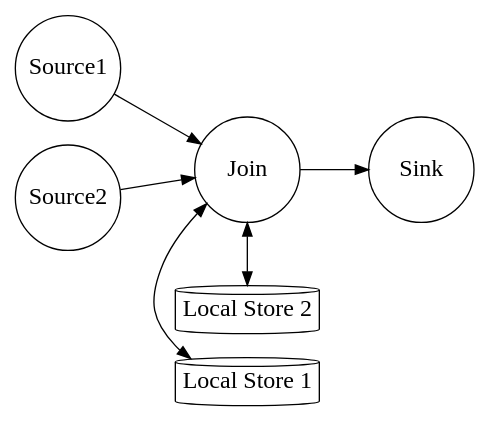
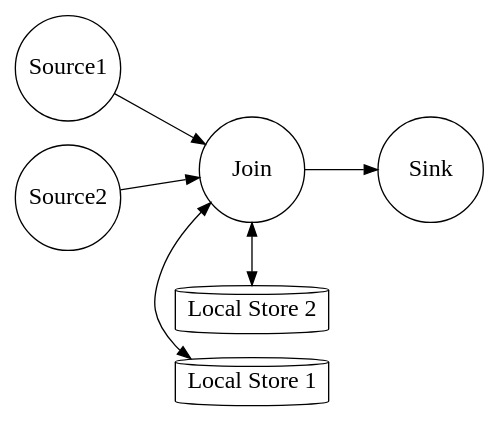
One commit to inponomarev/kstreams-examples changed the sixth of 6 diagrams in slides/src/main/asciidoc/kstreams.adoc. Above: the diagram before and after it, drawn with Graphviz. The commit also changed other lines of this file and 3 other files, not shown here.

```diff
--- a/slides/src/main/asciidoc/kstreams.adoc
+++ b/slides/src/main/asciidoc/kstreams.adoc
@@ -364,17 +366,17 @@
 [graphviz, "join-storages.png"]
 -----
 digraph G {
 rankdir="LR";
 node [fontsize=18; shape="circle"; fixedsize="true"; width="1.1"];
-Store1 [shape="cylinder"; label="Local Store 1"; fixedsize="true"; width="1.5"]
-Store2 [shape="cylinder"; label="Local Store 2"; fixedsize="true"; width="1.5"]
+Store1 [shape="cylinder"; label="Local Store 1"; fixedsize="true"; width="1.6"]
+Store2 [shape="cylinder"; label="Local Store 2"; fixedsize="true"; width="1.6"]
 Source1 -> Join
 Source2 -> Join
 
 Join -> Sink
 Join -> Store1 [dir=both; label=" \n "]
 Join -> Store2 [dir=both; label=" \n "]
 {rank = same; Store1; Store2; Join }
 }
 
 -----
```
